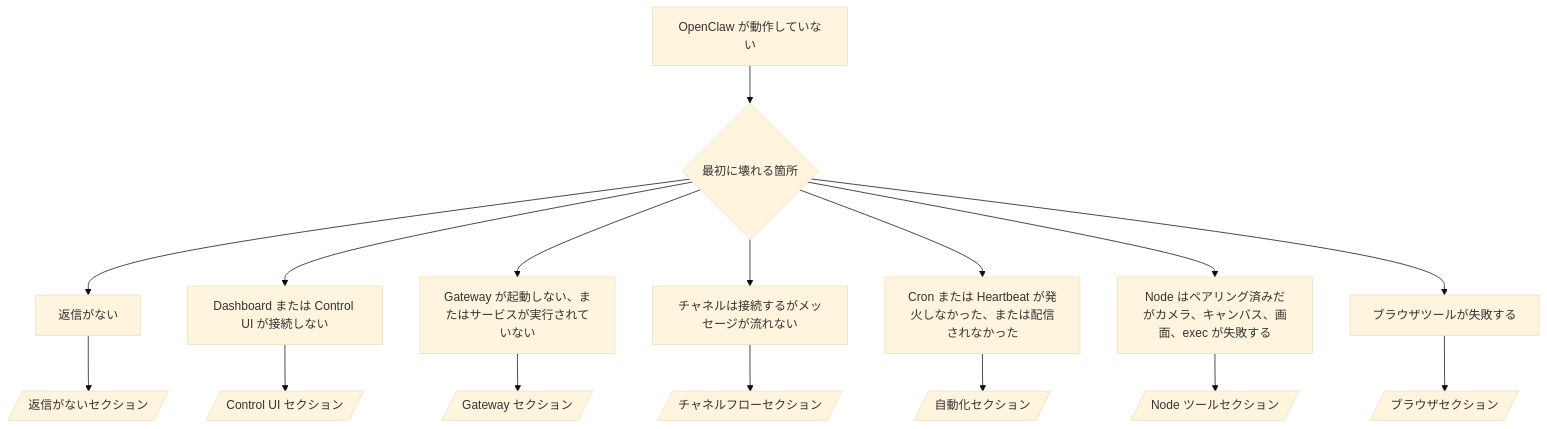
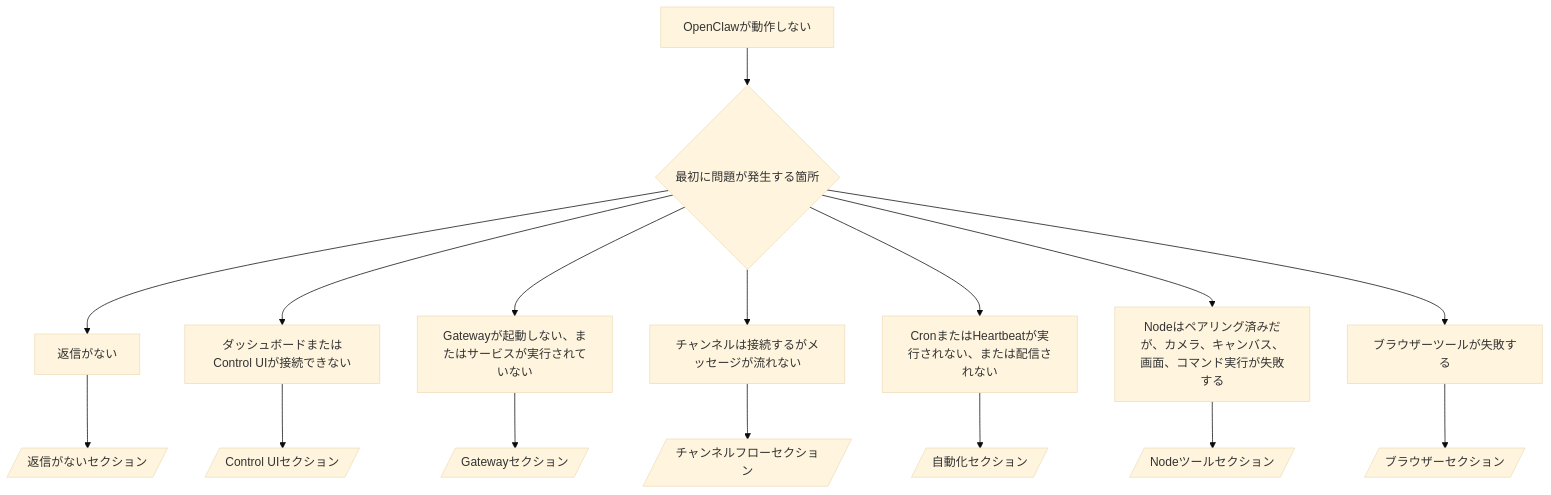
The diagram in docs/ja-JP/help/troubleshooting.md (openclaw/docs), drawn with Mermaid (base theme) before and after one commit. The commit also changed other lines of this file and 11240 other files, not shown here.

````diff
--- a/docs/ja-JP/help/troubleshooting.md
+++ b/docs/ja-JP/help/troubleshooting.md
@@ -166,19 +163,19 @@
 ```mermaid
 flowchart TD
-  A[OpenClaw が動作していない] --> B{最初に壊れる箇所}
+  A[OpenClawが動作しない] --> B{最初に問題が発生する箇所}
   B --> C[返信がない]
-  B --> D[Dashboard または Control UI が接続しない]
-  B --> E[Gateway が起動しない、またはサービスが実行されていない]
-  B --> F[チャネルは接続するがメッセージが流れない]
-  B --> G[Cron または Heartbeat が発火しなかった、または配信されなかった]
-  B --> H[Node はペアリング済みだがカメラ、キャンバス、画面、exec が失敗する]
-  B --> I[ブラウザツールが失敗する]
+  B --> D[ダッシュボードまたはControl UIが接続できない]
+  B --> E[Gatewayが起動しない、またはサービスが実行されていない]
+  B --> F[チャンネルは接続するがメッセージが流れない]
+  B --> G[CronまたはHeartbeatが実行されない、または配信されない]
+  B --> H[Nodeはペアリング済みだが、カメラ、キャンバス、画面、コマンド実行が失敗する]
+  B --> I[ブラウザーツールが失敗する]
 
   C --> C1[/返信がないセクション/]
-  D --> D1[/Control UI セクション/]
-  E --> E1[/Gateway セクション/]
-  F --> F1[/チャネルフローセクション/]
+  D --> D1[/Control UIセクション/]
+  E --> E1[/Gatewayセクション/]
+  F --> F1[/チャンネルフローセクション/]
   G --> G1[/自動化セクション/]
-  H --> H1[/Node ツールセクション/]
-  I --> I1[/ブラウザセクション/]
+  H --> H1[/Nodeツールセクション/]
+  I --> I1[/ブラウザーセクション/]
 ```
````
